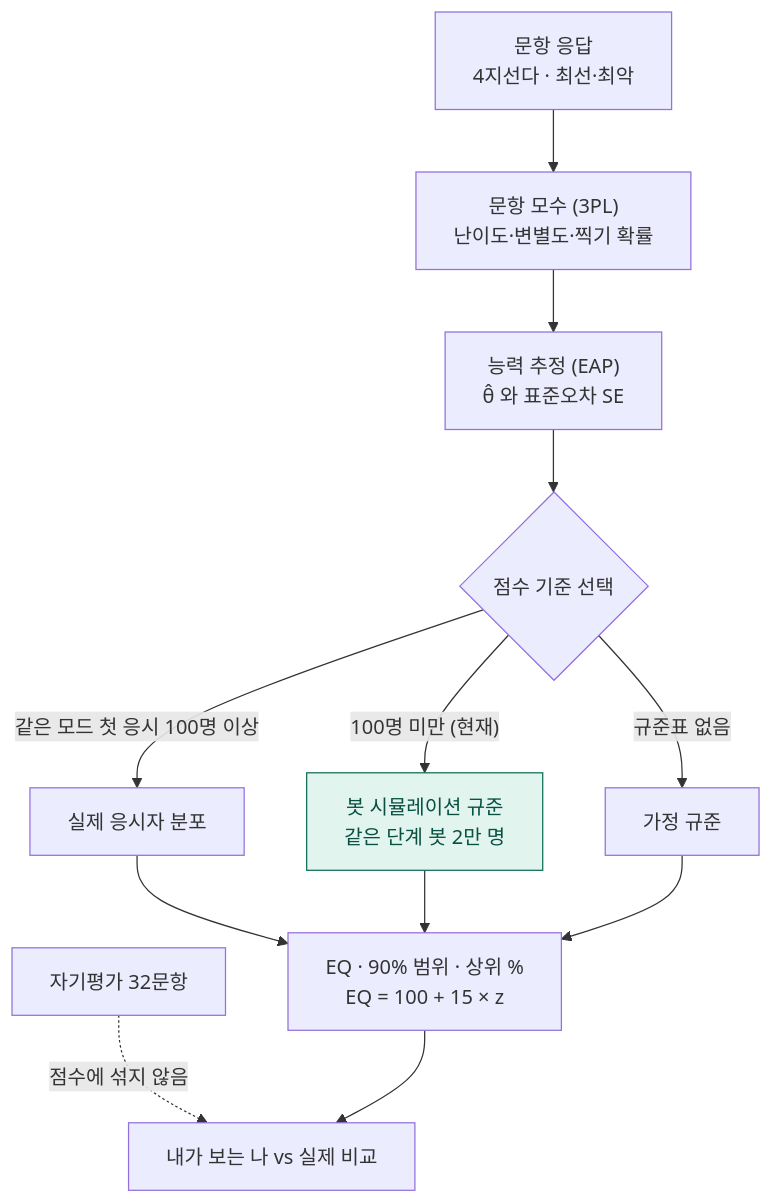
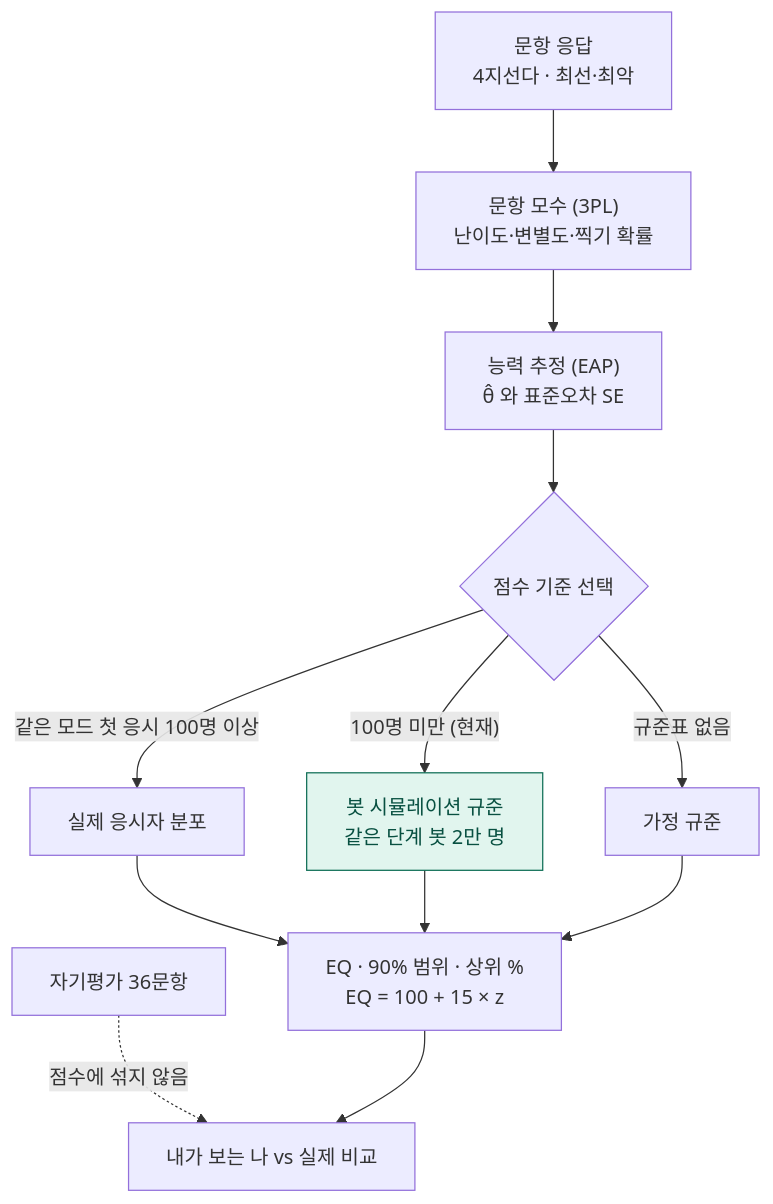
Before and after one commit to SKN35shimsungwook/eq-test: the diagram in docs/07_채점_원리.md, drawn with Mermaid. The commit also changed other lines of this file and 42 other files, not shown here.

````diff
--- a/docs/07_채점_원리.md
+++ b/docs/07_채점_원리.md
@@ -3,15 +3,15 @@
 ```mermaid
 flowchart TD
     A["문항 응답<br/>4지선다 · 최선·최악"] --> B["문항 모수 (3PL)<br/>난이도·변별도·찍기 확률"]
     B --> C["능력 추정 (EAP)<br/>θ̂ 와 표준오차 SE"]
     C --> D{"점수 기준 선택"}
     D -->|"같은 모드 첫 응시 100명 이상"| E["실제 응시자 분포"]
     D -->|"100명 미만 (현재)"| F["봇 시뮬레이션 규준<br/>같은 단계 봇 2만 명"]
     D -->|"규준표 없음"| G["가정 규준"]
     E --> H["EQ · 90% 범위 · 상위 %<br/>EQ = 100 + 15 × z"]
     F --> H
     G --> H
-    S["자기평가 32문항"] -.->|"점수에 섞지 않음"| R["내가 보는 나 vs 실제 비교"]
+    S["자기평가 36문항"] -.->|"점수에 섞지 않음"| R["내가 보는 나 vs 실제 비교"]
     H --> R
     style F fill:#E1F5EE,stroke:#0F6E56,color:#085041
 ```
````
